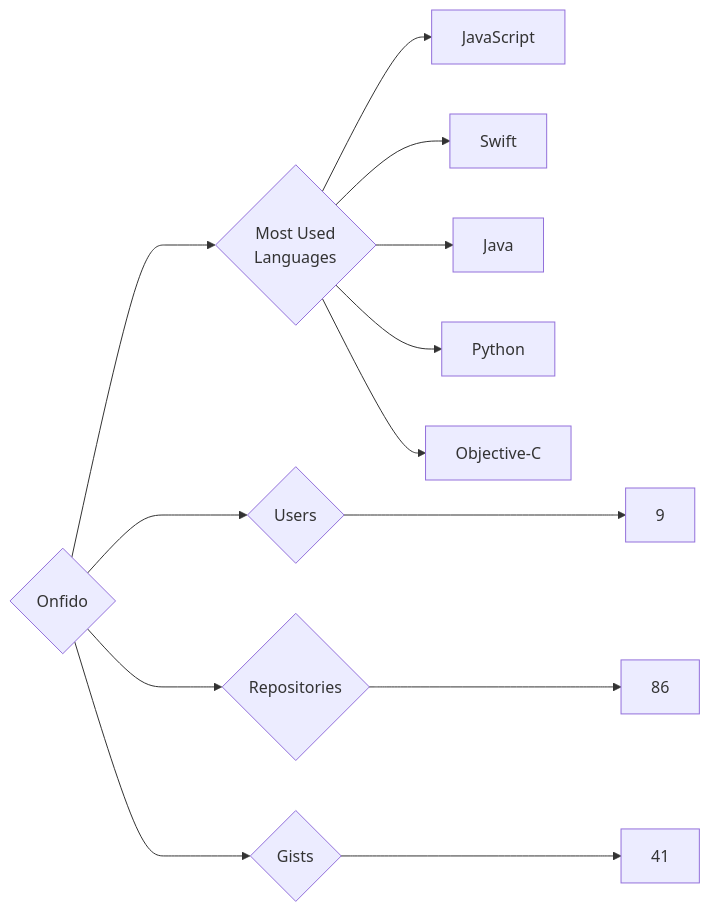
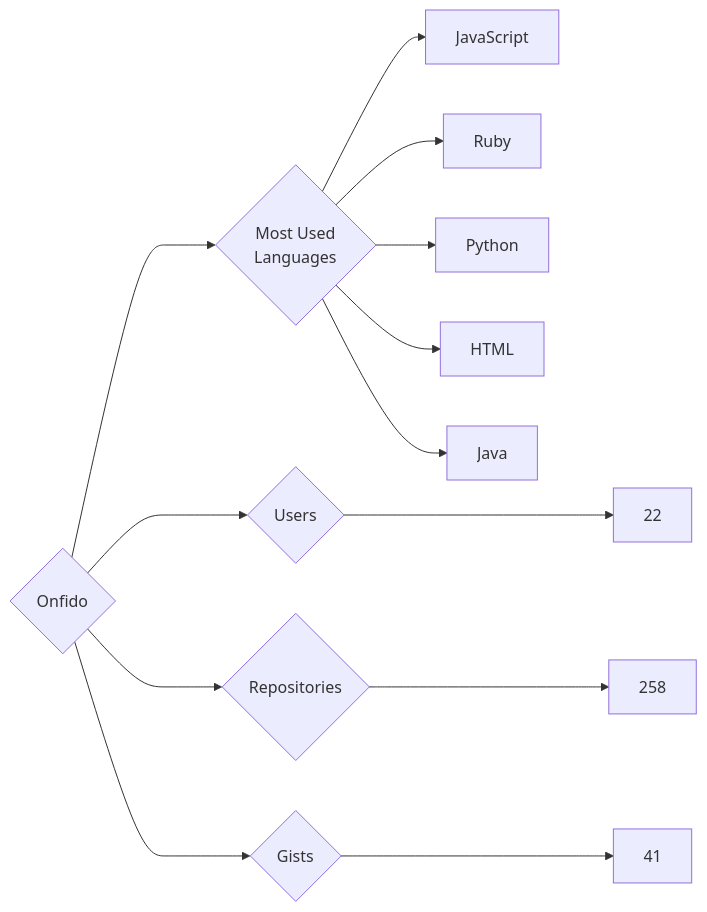
Before and after one commit to trickest/insiders: the diagram in targets/Onfido/README.md, drawn with Mermaid. The commit also changed 770 other files, not shown here.

````diff
--- a/targets/Onfido/README.md
+++ b/targets/Onfido/README.md
@@ -3,13 +3,13 @@
 ```mermaid
 graph LR
 COMPANY_NAME{Onfido}
-COMPANY_NAME ---> U{Users} ---> UN[9]
-COMPANY_NAME ---> R{Repositories} ---> RN[86]
+COMPANY_NAME ---> U{Users} ---> UN[22]
+COMPANY_NAME ---> R{Repositories} ---> RN[258]
 COMPANY_NAME ---> G{Gists} ---> GN[41]
 COMPANY_NAME ---> ML{Most Used<br>Languages}
 ML --> JavaScript[JavaScript]
-ML --> Swift[Swift]
+ML --> Ruby[Ruby]
+ML --> Python[Python]
+ML --> HTML[HTML]
 ML --> Java[Java]
-ML --> Python[Python]
-ML --> Objective-C[Objective-C]
 ```
````
